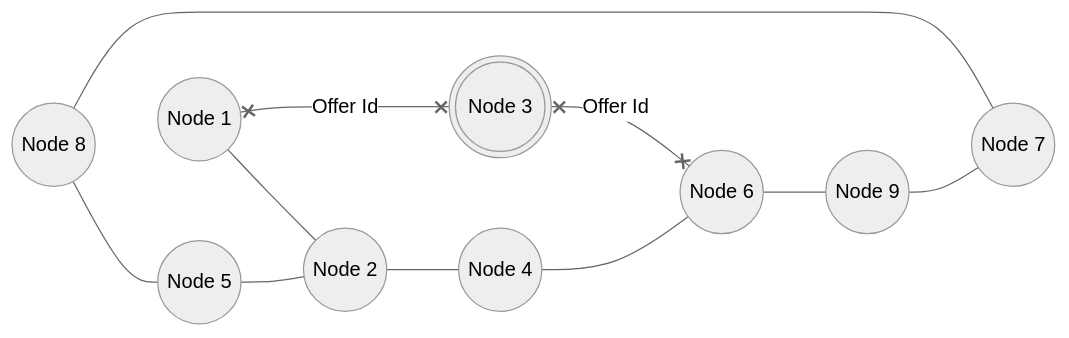
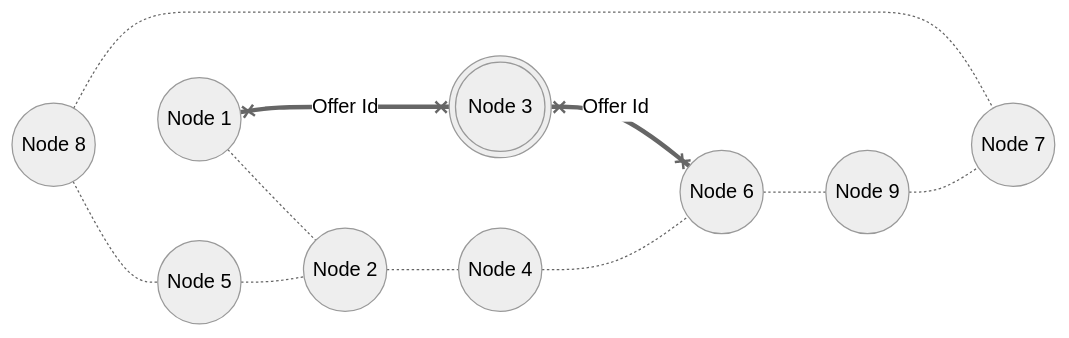
The ninth of 10 diagrams in arch-snapshot/arch.md (golemfactory/golem-architecture), drawn with Mermaid (neutral theme) before and after one commit. The commit also changed other lines of this file, not shown here.

Commit message:
Attempt to fix flowchart arrows

````diff
--- a/arch-snapshot/arch.md
+++ b/arch-snapshot/arch.md
@@ -693,23 +693,23 @@
 ```mermaid
 flowchart LR
   Node1((Node 1))
   Node2((Node 2))
   Node3(((Node 3)))
   Node4((Node 4))
   Node5((Node 5))
   Node6((Node 6))
   Node7((Node 7))
   Node8((Node 8))
   Node9((Node 9))
   
-  Node1 --- Node2
-  Node1 x--x |Offer Id| Node3
-  Node2 --- Node4
-  Node3 x--x |Offer Id| Node6
-  Node4 --- Node6
-  Node5 --- Node2
-  Node6 --- Node9
-  Node8 --- Node7
-  Node8 --- Node5
-  Node9 --- Node7
+  Node1 -.- Node2
+  Node1 x==x |Offer Id| Node3
+  Node2 -.- Node4
+  Node3 x==x |Offer Id| Node6
+  Node4 -.- Node6
+  Node5 -.- Node2
+  Node6 -.- Node9
+  Node8 -.- Node7
+  Node8 -.- Node5
+  Node9 -.- Node7
 ```
````
